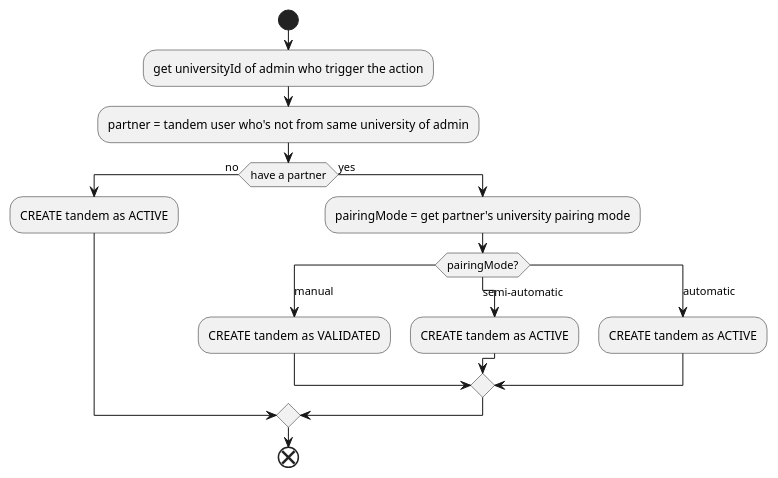
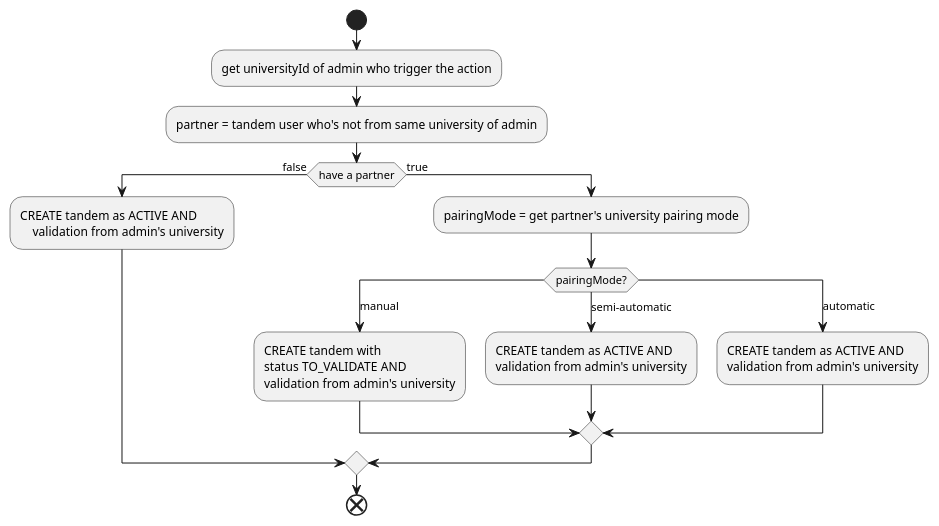
The second of 3 diagrams in docs/featuresConception/universitiesPairingMode.md (univlorraine/ulep), drawn with PlantUML before and after one commit. The commit also changed other lines of this file, not shown here.

Commit message:
doc: impact of university pairing mode on tandem validation

````diff
--- a/docs/featuresConception/universitiesPairingMode.md
+++ b/docs/featuresConception/universitiesPairingMode.md
@@ -45,25 +45,26 @@
 ```plantuml
 start
     :get universityId of admin who trigger the action;
-
     :partner = tandem user who's not from same university of admin;
 
-    if (have a partner) then(no)
+    if (have a partner) then(false)
         ' If no partner then all users are from same university as admin 
-        :CREATE tandem as ACTIVE;
-    else (yes)
+        :CREATE tandem as ACTIVE AND
+            validation from admin's university;
+    else (true)
         :pairingMode = get partner's university pairing mode;
         switch (pairingMode?)
             case (manual)
-                ' TODO(NOW): find way to distinguish validation
-                ' Maybe store ID of last university/user which validate
-                :CREATE tandem as VALIDATED;
+                :CREATE tandem with
+                status TO_VALIDATE AND
+                validation from admin's university;
             case (semi-automatic)
-                :CREATE tandem as ACTIVE;
+                :CREATE tandem as ACTIVE AND
+                validation from admin's university;
             case (automatic)
-                :CREATE tandem as ACTIVE;
+                :CREATE tandem as ACTIVE AND
+                validation from admin's university;
         endswitch
     endif
-
 end
 ```
````
